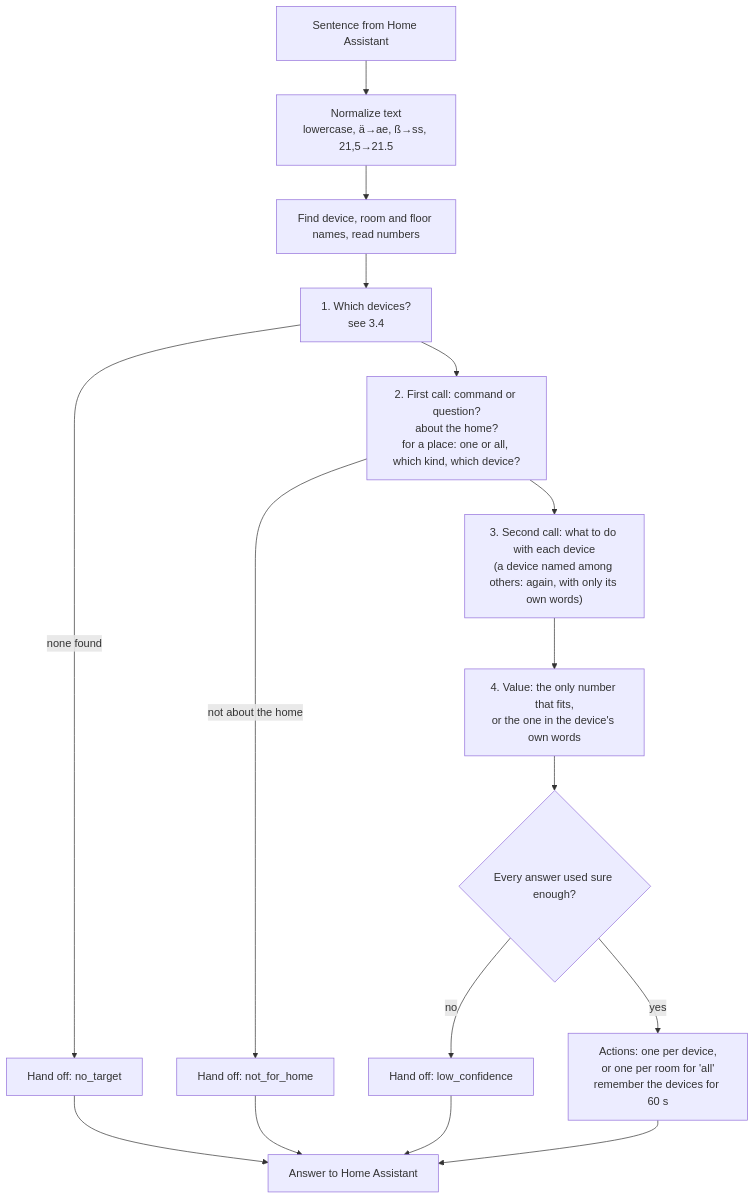
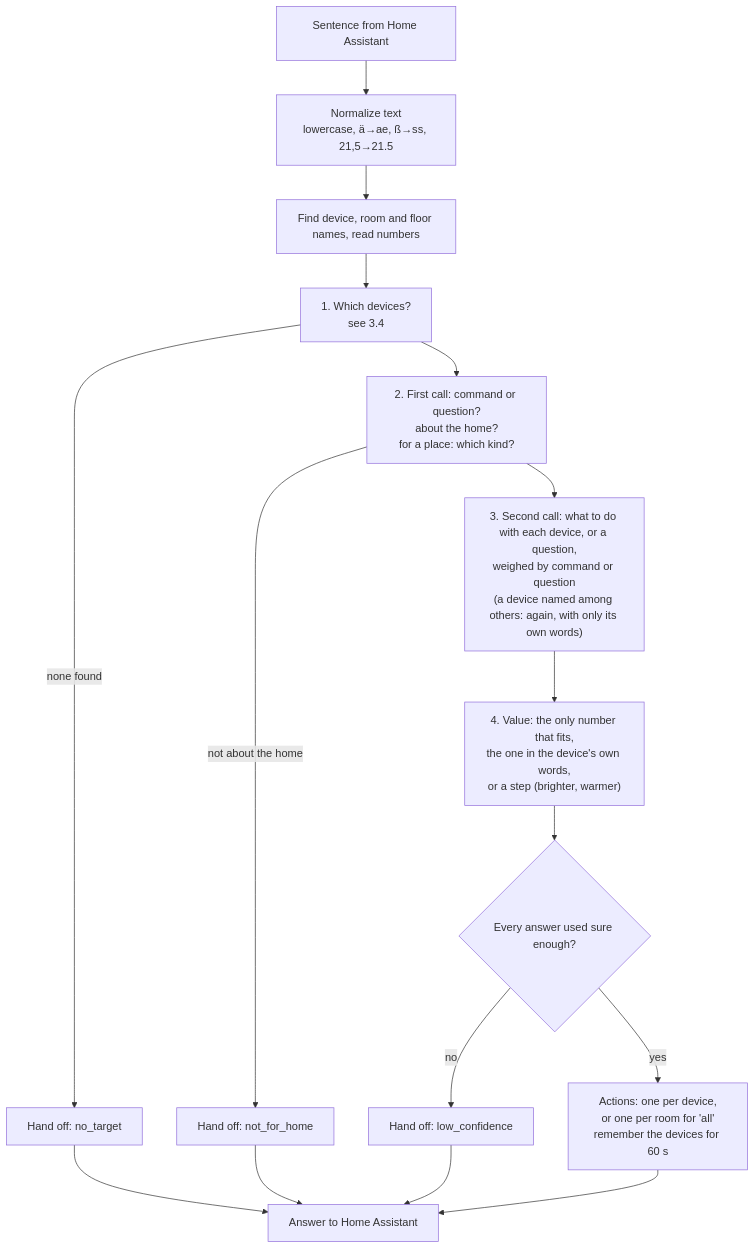
The second of 5 diagrams in HOW-IT-WORKS.md (d00kIe/assist-decider), drawn with Mermaid before and after one commit. The commit also changed other lines of this file and 18 other files, not shown here.

````diff
--- a/HOW-IT-WORKS.md
+++ b/HOW-IT-WORKS.md
@@ -249,18 +259,18 @@
 ```mermaid
 flowchart TD
     A["Sentence from Home Assistant"] --> B["Normalize text<br/>lowercase, ä→ae, ß→ss, 21,5→21.5"]
     B --> C["Find device, room and floor names, read numbers"]
     C --> E["1. Which devices?<br/>see 3.4"]
     E -- "none found" --> Y["Hand off: no_target"]
-    E --> F["2. First call: command or question?<br/>about the home?<br/>for a place: one or all, which kind, which device?"]
+    E --> F["2. First call: command or question?<br/>about the home?<br/>for a place: which kind?"]
     F -- "not about the home" --> X["Hand off: not_for_home"]
-    F --> G["3. Second call: what to do with each device<br/>(a device named among others: again, with only its own words)"]
-    G --> I["4. Value: the only number that fits,<br/>or the one in the device's own words"]
+    F --> G["3. Second call: what to do with each device, or a question,<br/>weighed by command or question<br/>(a device named among others: again, with only its own words)"]
+    G --> I["4. Value: the only number that fits,<br/>the one in the device's own words,<br/>or a step (brighter, warmer)"]
     I --> K{"Every answer used sure enough?"}
     K -- no --> Z["Hand off: low_confidence"]
     K -- yes --> L["Actions: one per device,<br/>or one per room for 'all'<br/>remember the devices for 60 s"]
     X --> R["Answer to Home Assistant"]
     Y --> R
     Z --> R
     L --> R
 ```
````
